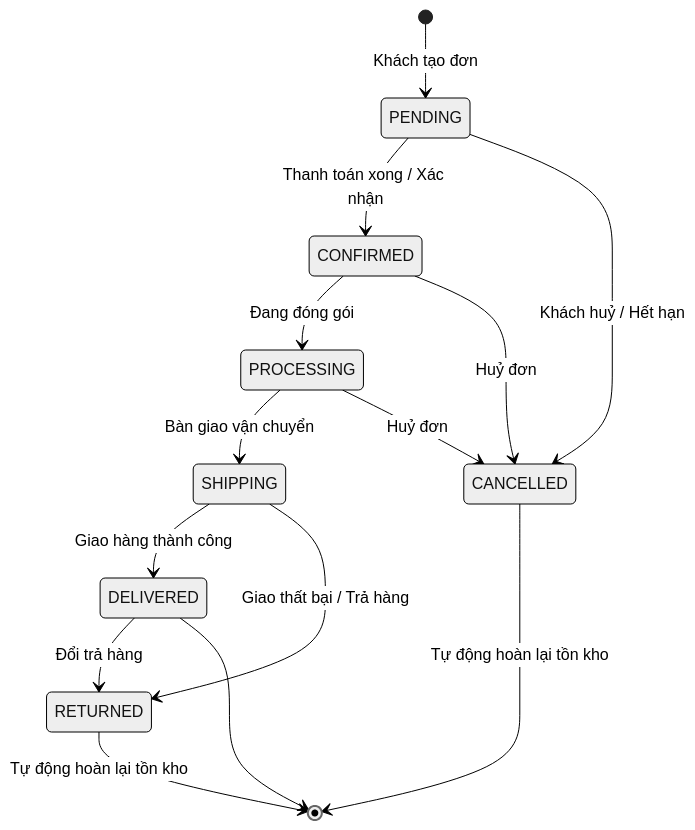
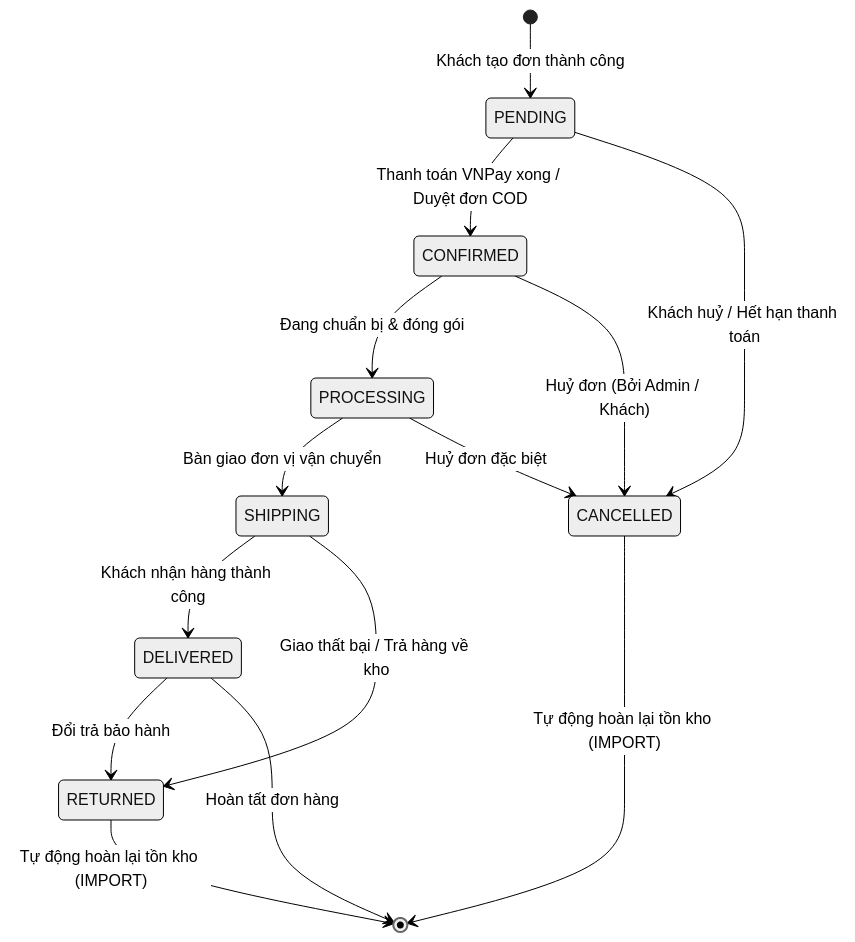
One commit to hoangit25/backend-shop changed the diagram in Readme.md. Above: the diagram before and after it, drawn with Mermaid (neutral theme). The commit also changed other lines of this file and 3 other files, not shown here.

````diff
--- a/Readme.md
+++ b/Readme.md
@@ -219,16 +225,16 @@
   ```mermaid
   stateDiagram-v2
-      [*] --> PENDING: Khách tạo đơn
-      PENDING --> CONFIRMED: Thanh toán xong / Xác nhận
-      PENDING --> CANCELLED: Khách huỷ / Hết hạn
-      CONFIRMED --> PROCESSING: Đang đóng gói
-      CONFIRMED --> CANCELLED: Huỷ đơn
-      PROCESSING --> SHIPPING: Bàn giao vận chuyển
-      PROCESSING --> CANCELLED: Huỷ đơn
-      SHIPPING --> DELIVERED: Giao hàng thành công
-      SHIPPING --> RETURNED: Giao thất bại / Trả hàng
-      DELIVERED --> RETURNED: Đổi trả hàng
-      DELIVERED --> [*]
-      CANCELLED --> [*]: Tự động hoàn lại tồn kho
-      RETURNED --> [*]: Tự động hoàn lại tồn kho
+      [*] --> PENDING: Khách tạo đơn thành công
+      PENDING --> CONFIRMED: Thanh toán VNPay xong / Duyệt đơn COD
+      PENDING --> CANCELLED: Khách huỷ / Hết hạn thanh toán
+      CONFIRMED --> PROCESSING: Đang chuẩn bị & đóng gói
+      CONFIRMED --> CANCELLED: Huỷ đơn (Bởi Admin / Khách)
+      PROCESSING --> SHIPPING: Bàn giao đơn vị vận chuyển
+      PROCESSING --> CANCELLED: Huỷ đơn đặc biệt
+      SHIPPING --> DELIVERED: Khách nhận hàng thành công
+      SHIPPING --> RETURNED: Giao thất bại / Trả hàng về kho
+      DELIVERED --> RETURNED: Đổi trả bảo hành
+      DELIVERED --> [*]: Hoàn tất đơn hàng
+      CANCELLED --> [*]: Tự động hoàn lại tồn kho (IMPORT)
+      RETURNED --> [*]: Tự động hoàn lại tồn kho (IMPORT)
   ```
````
